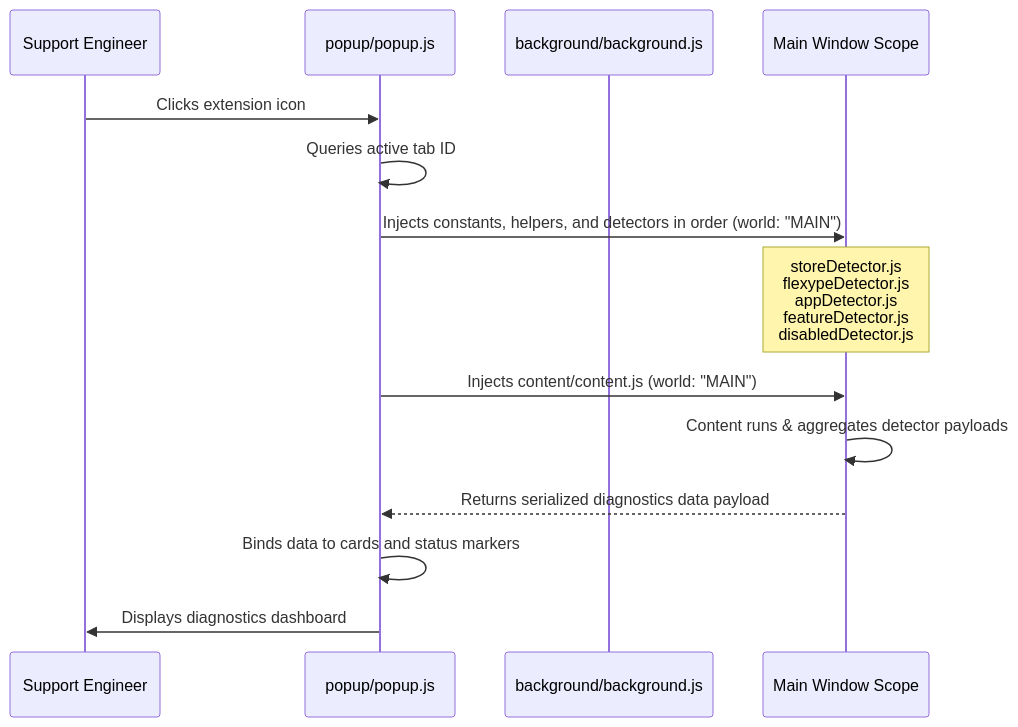
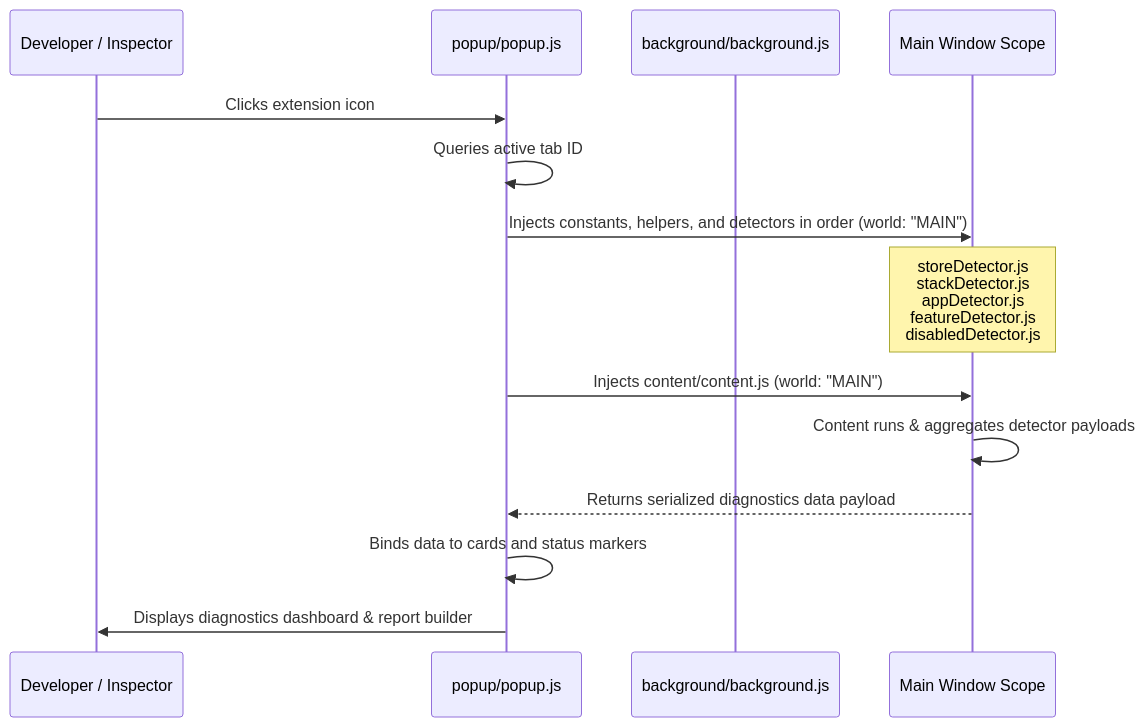
The diagram in README.md (Surabhi-M-R/shopify_Diagnostic), drawn with Mermaid before and after one commit. The commit also changed other lines of this file and 7 other files, not shown here.

````diff
--- a/README.md
+++ b/README.md
@@ -13,17 +13,17 @@
 ```mermaid
 sequenceDiagram
-    participant User as Support Engineer
+    participant User as Developer / Inspector
     participant Popup as popup/popup.js
     participant Service as background/background.js
     participant PageMain as Main Window Scope
     
     User->>Popup: Clicks extension icon
     Popup->>Popup: Queries active tab ID
     Popup->>PageMain: Injects constants, helpers, and detectors in order (world: "MAIN")
-    Note over PageMain: storeDetector.js<br/>flexypeDetector.js<br/>appDetector.js<br/>featureDetector.js<br/>disabledDetector.js
+    Note over PageMain: storeDetector.js<br/>stackDetector.js<br/>appDetector.js<br/>featureDetector.js<br/>disabledDetector.js
     Popup->>PageMain: Injects content/content.js (world: "MAIN")
     PageMain->>PageMain: Content runs & aggregates detector payloads
     PageMain-->>Popup: Returns serialized diagnostics data payload
     Popup->>Popup: Binds data to cards and status markers
-    Popup->>User: Displays diagnostics dashboard
+    Popup->>User: Displays diagnostics dashboard & report builder
 ```
````
